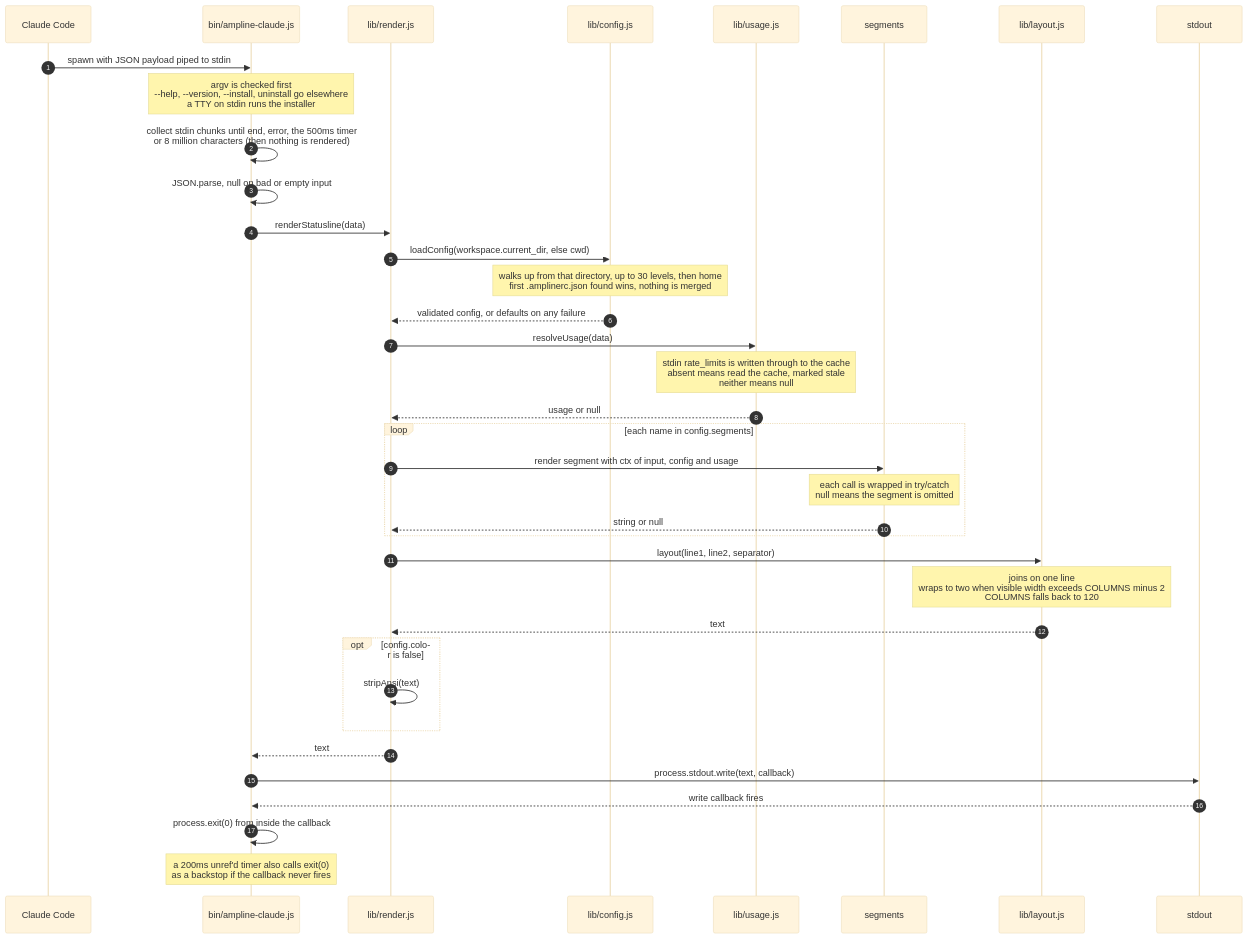
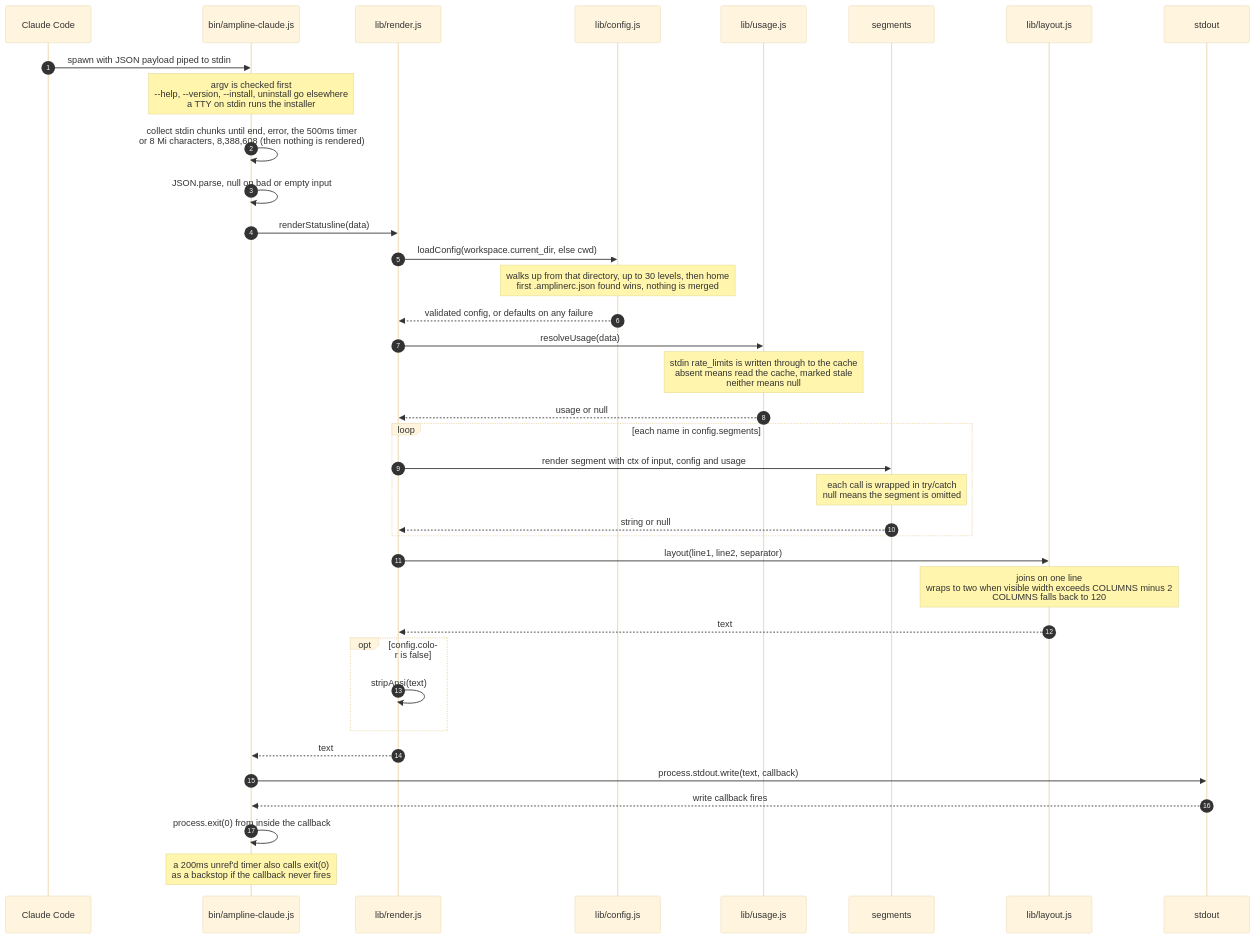
The first of 2 diagrams in diagrams/render-sequence.md (carterptull/ampline-claude), drawn with Mermaid (base theme) before and after one commit. The commit also changed 7 other files, not shown here.

````diff
--- a/diagrams/render-sequence.md
+++ b/diagrams/render-sequence.md
@@ -7,40 +7,40 @@
 ```mermaid
 sequenceDiagram
     autonumber
     participant CC as Claude Code
     participant B as bin/ampline-claude.js
     participant R as lib/render.js
     participant CF as lib/config.js
     participant U as lib/usage.js
     participant S as segments
     participant L as lib/layout.js
     participant O as stdout
 
     CC->>B: spawn with JSON payload piped to stdin
     Note over B: argv is checked first<br/>--help, --version, --install, uninstall go elsewhere<br/>a TTY on stdin runs the installer
-    B->>B: collect stdin chunks until end, error, the 500ms timer<br/>or 8 million characters (then nothing is rendered)
+    B->>B: collect stdin chunks until end, error, the 500ms timer<br/>or 8 Mi characters, 8,388,608 (then nothing is rendered)
     B->>B: JSON.parse, null on bad or empty input
     B->>R: renderStatusline(data)
     R->>CF: loadConfig(workspace.current_dir, else cwd)
     Note over CF: walks up from that directory, up to 30 levels, then home<br/>first .amplinerc.json found wins, nothing is merged
     CF-->>R: validated config, or defaults on any failure
     R->>U: resolveUsage(data)
     Note over U: stdin rate_limits is written through to the cache<br/>absent means read the cache, marked stale<br/>neither means null
     U-->>R: usage or null
     loop each name in config.segments
         R->>S: render segment with ctx of input, config and usage
         Note over S: each call is wrapped in try/catch<br/>null means the segment is omitted
         S-->>R: string or null
     end
     R->>L: layout(line1, line2, separator)
     Note over L: joins on one line<br/>wraps to two when visible width exceeds COLUMNS minus 2<br/>COLUMNS falls back to 120
     L-->>R: text
     opt config.color is false
         R->>R: stripAnsi(text)
     end
     R-->>B: text
     B->>O: process.stdout.write(text, callback)
     O-->>B: write callback fires
     B->>B: process.exit(0) from inside the callback
     Note over B: a 200ms unref'd timer also calls exit(0)<br/>as a backstop if the callback never fires
 ```
````
